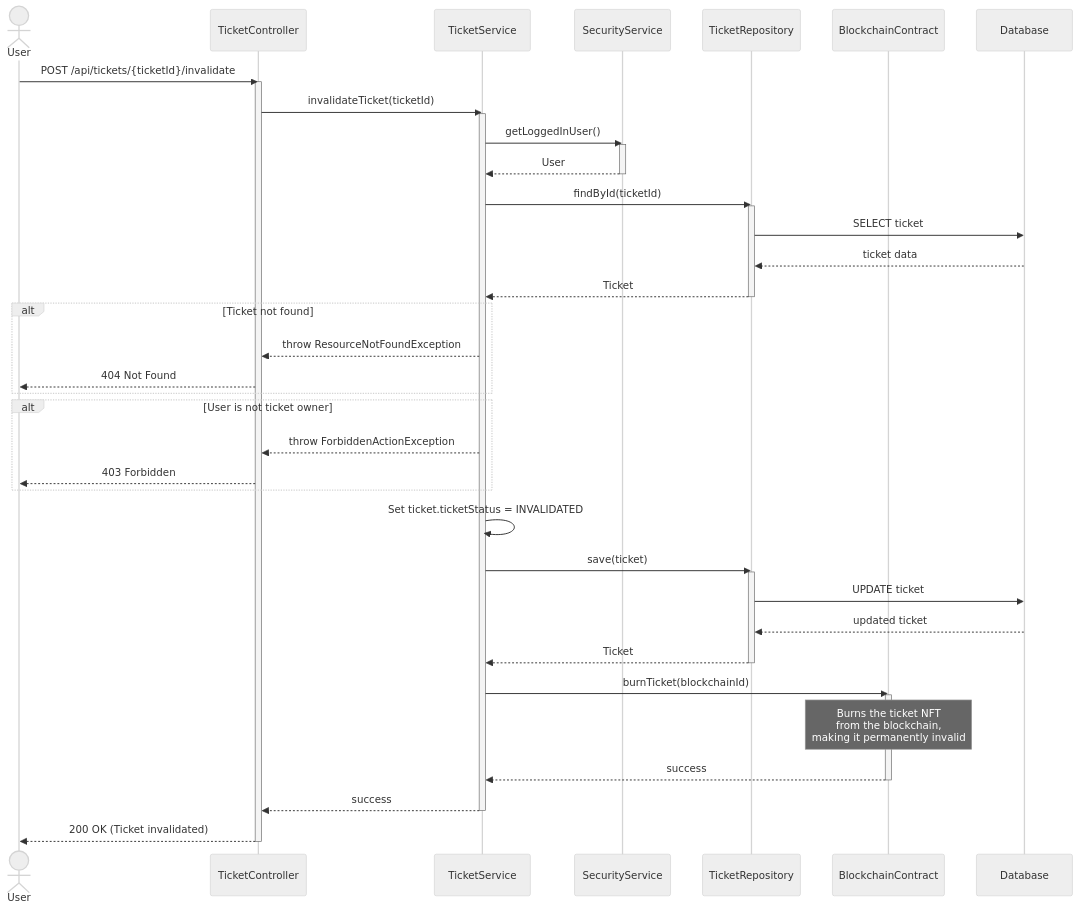
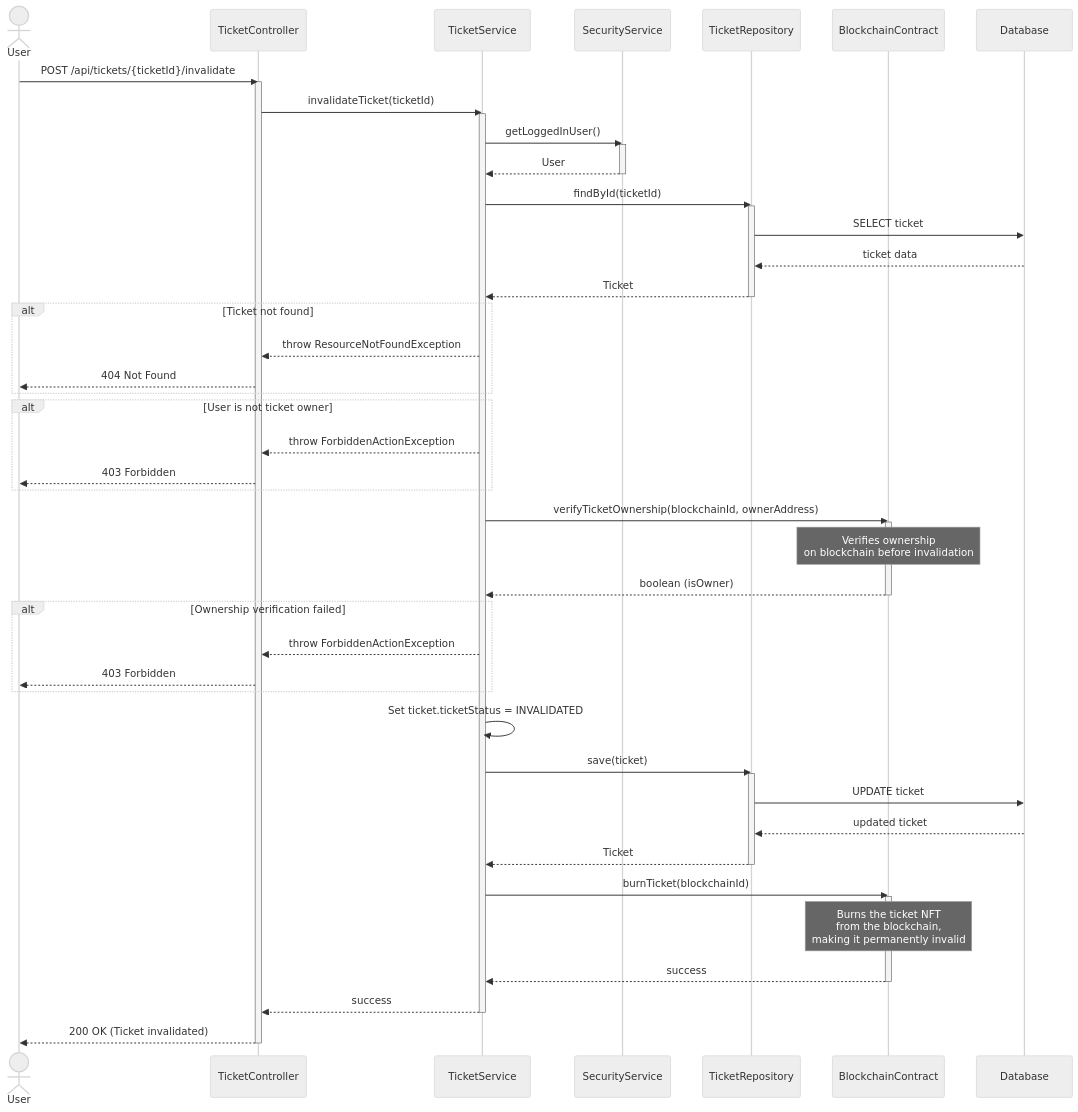
Before and after one commit to s-lusito/TicketBlock-Ing_Sw: the diagram in docs/sequence-ticket-invalidation.md, drawn with Mermaid (neutral theme). The commit also changed 5 other files, not shown here.

Commit message:
Update UML diagrams to reflect blockchain verification changes from main

````diff
--- a/docs/sequence-ticket-invalidation.md
+++ b/docs/sequence-ticket-invalidation.md
@@ -5,59 +5,70 @@
 ```mermaid
 sequenceDiagram
     actor User
     participant Controller as TicketController
     participant Service as TicketService
     participant SecurityService
     participant TicketRepo as TicketRepository
     participant TicketContract as BlockchainContract
     participant DB as Database
 
     User->>Controller: POST /api/tickets/{ticketId}/invalidate
     activate Controller
     
     Controller->>Service: invalidateTicket(ticketId)
     activate Service
     
     Service->>SecurityService: getLoggedInUser()
     activate SecurityService
     SecurityService-->>Service: User
     deactivate SecurityService
     
     Service->>TicketRepo: findById(ticketId)
     activate TicketRepo
     TicketRepo->>DB: SELECT ticket
     DB-->>TicketRepo: ticket data
     TicketRepo-->>Service: Ticket
     deactivate TicketRepo
     
     alt Ticket not found
         Service-->>Controller: throw ResourceNotFoundException
         Controller-->>User: 404 Not Found
     end
     
     alt User is not ticket owner
         Service-->>Controller: throw ForbiddenActionException
         Controller-->>User: 403 Forbidden
     end
     
+    Service->>TicketContract: verifyTicketOwnership(blockchainId, ownerAddress)
+    activate TicketContract
+    Note over TicketContract: Verifies ownership<br/>on blockchain before invalidation
+    TicketContract-->>Service: boolean (isOwner)
+    deactivate TicketContract
+    
+    alt Ownership verification failed
+        Service-->>Controller: throw ForbiddenActionException
+        Controller-->>User: 403 Forbidden
+    end
+    
     Service->>Service: Set ticket.ticketStatus = INVALIDATED
     
     Service->>TicketRepo: save(ticket)
     activate TicketRepo
     TicketRepo->>DB: UPDATE ticket
     DB-->>TicketRepo: updated ticket
     TicketRepo-->>Service: Ticket
     deactivate TicketRepo
     
     Service->>TicketContract: burnTicket(blockchainId)
     activate TicketContract
     Note over TicketContract: Burns the ticket NFT<br/>from the blockchain,<br/>making it permanently invalid
     TicketContract-->>Service: success
     deactivate TicketContract
     
     Service-->>Controller: success
     deactivate Service
     
     Controller-->>User: 200 OK (Ticket invalidated)
     deactivate Controller
 ```
````
